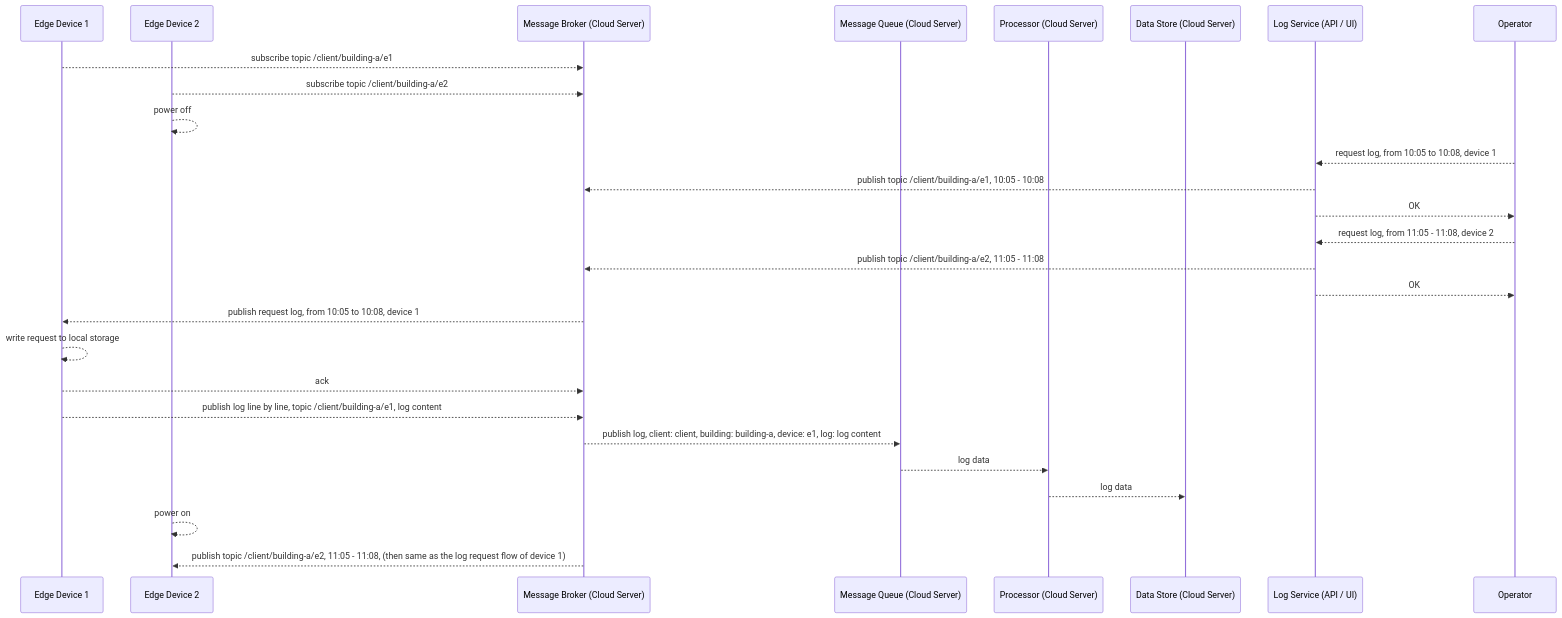
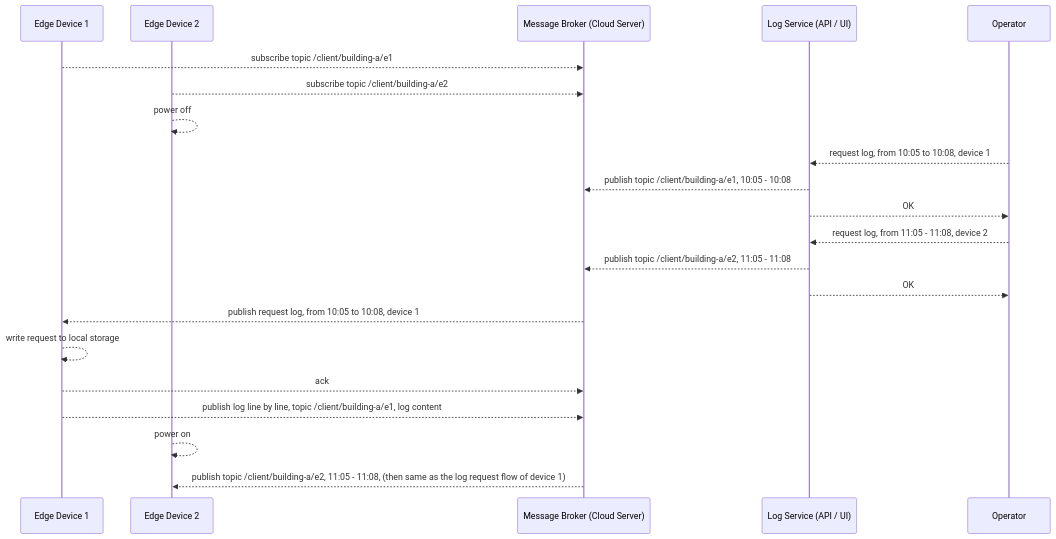
One commit to kan01234/post changed the diagram in _draft/1.md. Above: the diagram before and after it, drawn with Mermaid.

````diff
--- a/_draft/1.md
+++ b/_draft/1.md
@@ -241,30 +241,24 @@
 ```mermaid
 sequenceDiagram
     participant e1 as Edge Device 1
     participant e2 as Edge Device 2
     participant b as Message Broker (Cloud Server)
-    participant q as Message Queue (Cloud Server)
-    participant p as Processor (Cloud Server)
-    participant s as Data Store (Cloud Server)
     participant a as Log Service (API / UI)
     participant o as Operator
 
     e1 -->> b: subscribe topic /client/building-a/e1
     e2 -->> b: subscribe topic /client/building-a/e2
     e2 -->> e2: power off
     o -->> a: request log, from 10:05 to 10:08, device 1
     a -->> b: publish topic /client/building-a/e1, 10:05 - 10:08
     a -->> o: OK
     o -->> a: request log, from 11:05 - 11:08, device 2
     a -->> b: publish topic /client/building-a/e2, 11:05 - 11:08
     a -->> o: OK
     b -->> e1: publish request log, from 10:05 to 10:08, device 1
     e1 -->> e1: write request to local storage
     e1 -->> b: ack
     e1 -->> b: publish log line by line, topic /client/building-a/e1, log content
-    b -->> q: publish log, client: client, building: building-a, device: e1, log: log content
-    q -->> p: log data
-    p -->> s: log data
     e2 -->> e2: power on
     b -->> e2: publish topic /client/building-a/e2, 11:05 - 11:08, (then same as the log request flow of device 1)
 ```
````
